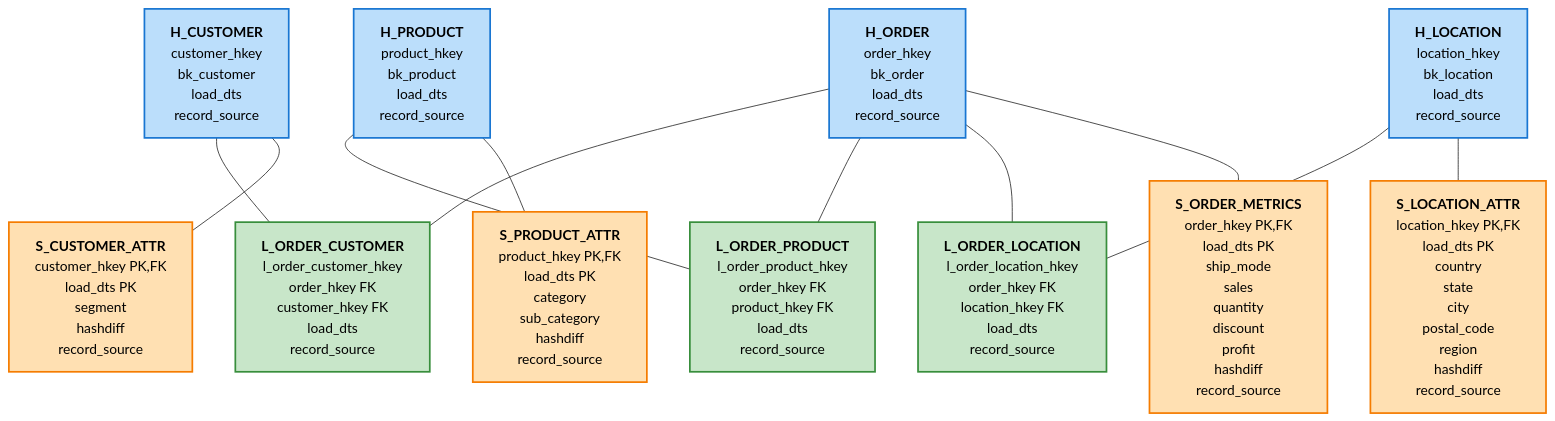
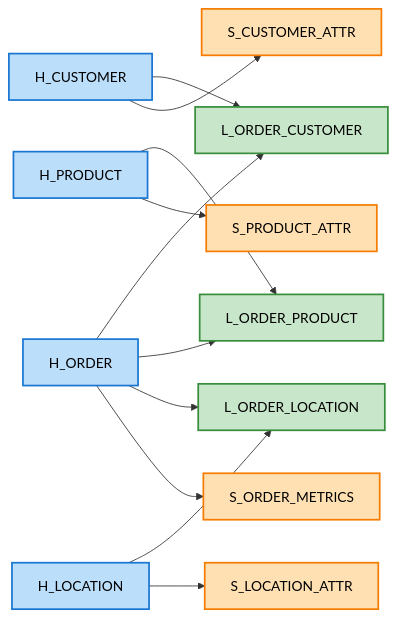
The diagram in DESIGN.md (avshapoval/DSS_m1_finals), drawn with Mermaid before and after one commit.

Commit message:
add design v0.4

````diff
--- a/DESIGN.md
+++ b/DESIGN.md
@@ -8,36 +8,36 @@
 ```mermaid
-graph TB
-    H_CUSTOMER["<b>H_CUSTOMER</b><br/>customer_hkey<br/>bk_customer<br/>load_dts<br/>record_source"]
-    H_PRODUCT["<b>H_PRODUCT</b><br/>product_hkey<br/>bk_product<br/>load_dts<br/>record_source"]
-    H_LOCATION["<b>H_LOCATION</b><br/>location_hkey<br/>bk_location<br/>load_dts<br/>record_source"]
-    H_ORDER["<b>H_ORDER</b><br/>order_hkey<br/>bk_order<br/>load_dts<br/>record_source"]
+graph LR
+    H_CUSTOMER[H_CUSTOMER]
+    H_PRODUCT[H_PRODUCT]
+    H_LOCATION[H_LOCATION]
+    H_ORDER[H_ORDER]
     
-    L_ORDER_CUSTOMER["<b>L_ORDER_CUSTOMER</b><br/>l_order_customer_hkey<br/>order_hkey FK<br/>customer_hkey FK<br/>load_dts<br/>record_source"]
-    L_ORDER_PRODUCT["<b>L_ORDER_PRODUCT</b><br/>l_order_product_hkey<br/>order_hkey FK<br/>product_hkey FK<br/>load_dts<br/>record_source"]
-    L_ORDER_LOCATION["<b>L_ORDER_LOCATION</b><br/>l_order_location_hkey<br/>order_hkey FK<br/>location_hkey FK<br/>load_dts<br/>record_source"]
+    L_ORDER_CUSTOMER[L_ORDER_CUSTOMER]
+    L_ORDER_PRODUCT[L_ORDER_PRODUCT]
+    L_ORDER_LOCATION[L_ORDER_LOCATION]
     
-    S_CUSTOMER_ATTR["<b>S_CUSTOMER_ATTR</b><br/>customer_hkey PK,FK<br/>load_dts PK<br/>segment<br/>hashdiff<br/>record_source"]
-    S_PRODUCT_ATTR["<b>S_PRODUCT_ATTR</b><br/>product_hkey PK,FK<br/>load_dts PK<br/>category<br/>sub_category<br/>hashdiff<br/>record_source"]
-    S_LOCATION_ATTR["<b>S_LOCATION_ATTR</b><br/>location_hkey PK,FK<br/>load_dts PK<br/>country<br/>state<br/>city<br/>postal_code<br/>region<br/>hashdiff<br/>record_source"]
-    S_ORDER_METRICS["<b>S_ORDER_METRICS</b><br/>order_hkey PK,FK<br/>load_dts PK<br/>ship_mode<br/>sales<br/>quantity<br/>discount<br/>profit<br/>hashdiff<br/>record_source"]
+    S_CUSTOMER_ATTR[S_CUSTOMER_ATTR]
+    S_PRODUCT_ATTR[S_PRODUCT_ATTR]
+    S_LOCATION_ATTR[S_LOCATION_ATTR]
+    S_ORDER_METRICS[S_ORDER_METRICS]
     
-    H_CUSTOMER --- L_ORDER_CUSTOMER
-    H_ORDER --- L_ORDER_CUSTOMER
-    H_ORDER --- L_ORDER_PRODUCT
-    H_PRODUCT --- L_ORDER_PRODUCT
-    H_ORDER --- L_ORDER_LOCATION
-    H_LOCATION --- L_ORDER_LOCATION
+    H_CUSTOMER --> L_ORDER_CUSTOMER
+    H_ORDER --> L_ORDER_CUSTOMER
+    H_ORDER --> L_ORDER_PRODUCT
+    H_PRODUCT --> L_ORDER_PRODUCT
+    H_ORDER --> L_ORDER_LOCATION
+    H_LOCATION --> L_ORDER_LOCATION
     
-    H_CUSTOMER --- S_CUSTOMER_ATTR
-    H_PRODUCT --- S_PRODUCT_ATTR
-    H_LOCATION --- S_LOCATION_ATTR
-    H_ORDER --- S_ORDER_METRICS
+    H_CUSTOMER --> S_CUSTOMER_ATTR
+    H_PRODUCT --> S_PRODUCT_ATTR
+    H_LOCATION --> S_LOCATION_ATTR
+    H_ORDER --> S_ORDER_METRICS
     
     classDef hubStyle fill:#bbdefb,stroke:#1976d2,stroke-width:2px,color:#000
     classDef linkClass fill:#c8e6c9,stroke:#388e3c,stroke-width:2px,color:#000
     classDef satStyle fill:#ffe0b2,stroke:#f57c00,stroke-width:2px,color:#000
     
     class H_CUSTOMER,H_PRODUCT,H_LOCATION,H_ORDER hubStyle
     class L_ORDER_CUSTOMER,L_ORDER_PRODUCT,L_ORDER_LOCATION linkClass
     class S_CUSTOMER_ATTR,S_PRODUCT_ATTR,S_LOCATION_ATTR,S_ORDER_METRICS satStyle
 ```
````
